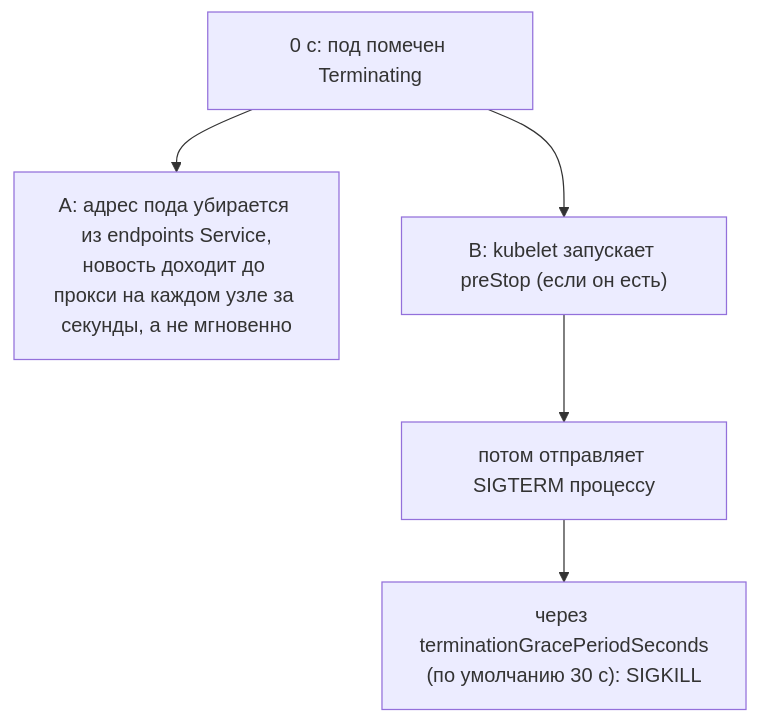
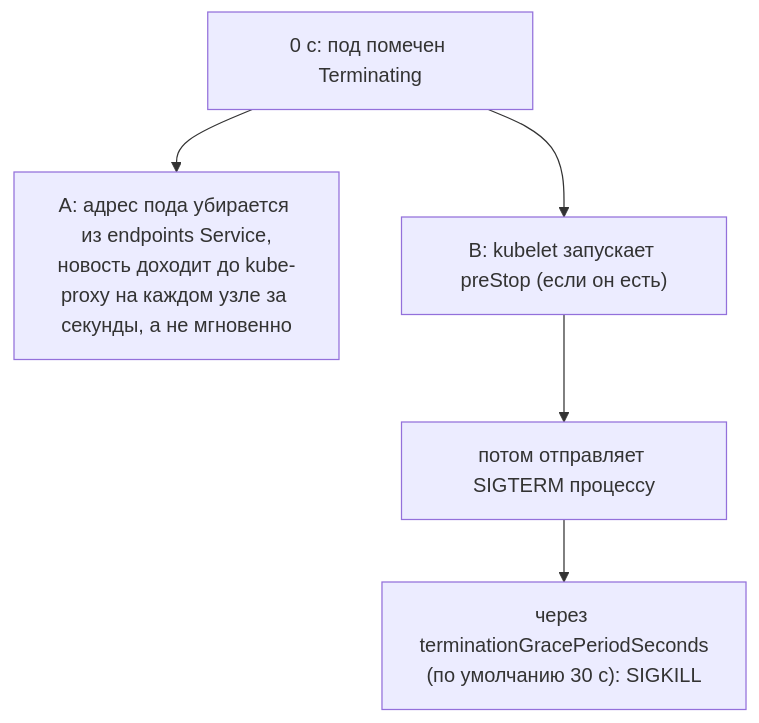
Before and after one commit to distinguished-sre/learning: the fourth of 4 diagrams in devops/05-kubernetes/07-probes-resources-rollouts.md, drawn with Mermaid. The commit also changed other lines of this file and 462 other files, not shown here.

````diff
--- a/devops/05-kubernetes/07-probes-resources-rollouts.md
+++ b/devops/05-kubernetes/07-probes-resources-rollouts.md
@@ -420,7 +350,7 @@
 ```mermaid
 flowchart TD
-    T["0 с: под помечен Terminating"] --> A["A: адрес пода убирается из endpoints Service,<br>новость доходит до прокси на каждом узле за секунды, а не мгновенно"]
+    T["0 с: под помечен Terminating"] --> A["A: адрес пода убирается из endpoints Service,<br>новость доходит до kube-proxy на каждом узле за секунды, а не мгновенно"]
     T --> B["B: kubelet запускает preStop (если он есть)"]
     B --> TERM["потом отправляет SIGTERM процессу"]
     TERM --> KILL["через terminationGracePeriodSeconds<br>(по умолчанию 30 с): SIGKILL"]
 ```
````
